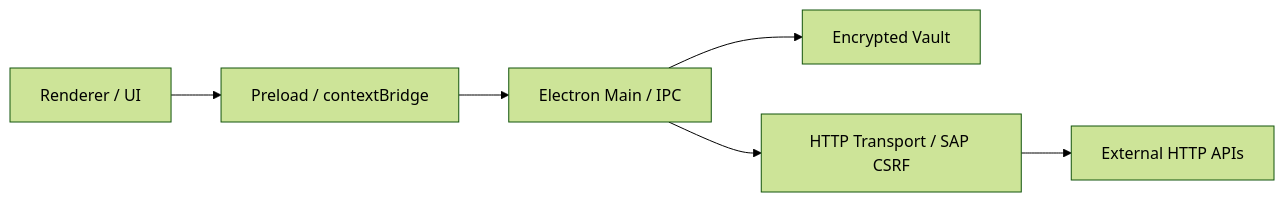
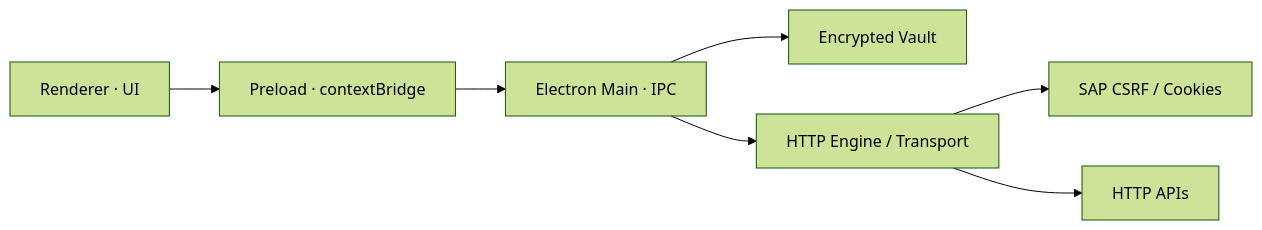
The diagram in README.en.md (evgsnr/api-commander), drawn with Mermaid (forest theme) before and after one commit. The commit also changed other lines of this file, not shown here.

````diff
--- a/README.en.md
+++ b/README.en.md
@@ -44,8 +64,9 @@
 ```mermaid
 flowchart LR
-  UI[Renderer / UI] --> P[Preload / contextBridge]
-  P --> M[Electron Main / IPC]
-  M --> V[Encrypted Vault]
-  M --> T[HTTP Transport / SAP CSRF]
-  T --> API[External HTTP APIs]
+    UI["Renderer · UI"] --> PRE["Preload · contextBridge"]
+    PRE --> MAIN["Electron Main · IPC"]
+    MAIN --> VAULT["Encrypted Vault"]
+    MAIN --> ENGINE["HTTP Engine / Transport"]
+    ENGINE --> SAP["SAP CSRF / Cookies"]
+    ENGINE --> API["HTTP APIs"]
 ```
````
